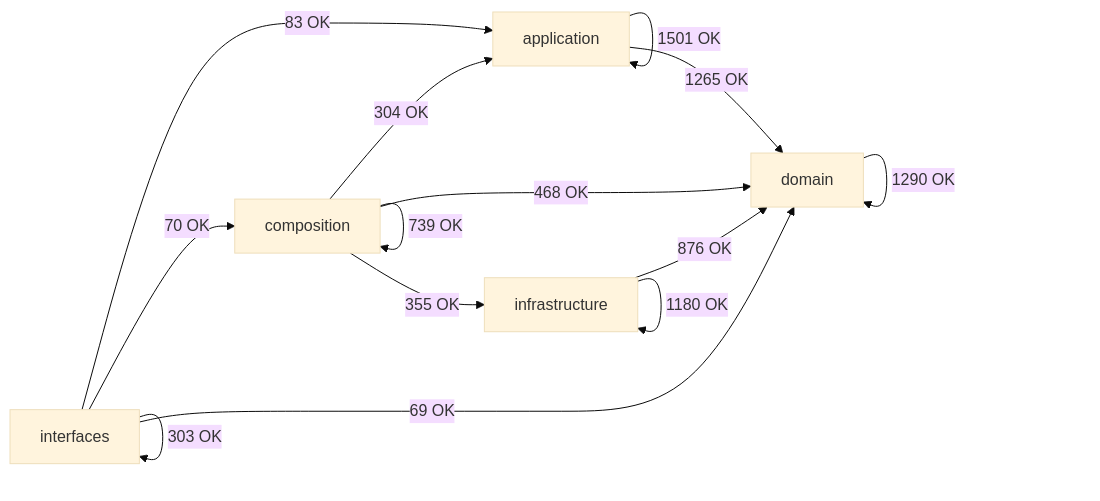
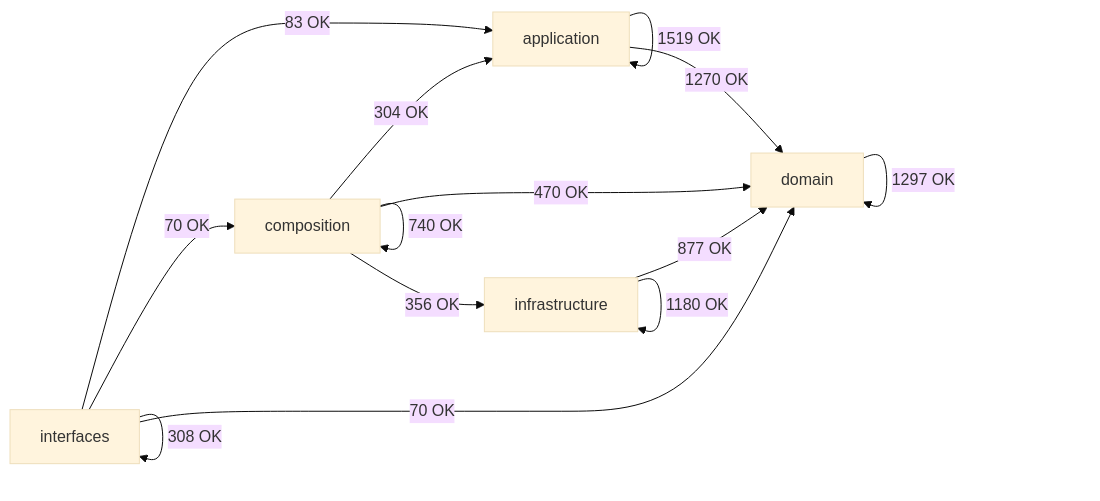
Before and after one commit to SatoryKono/BioactivityDataAcquisition: the diagram in docs/02-architecture/generated/module-dependency-map.md, drawn with Mermaid (base theme). The commit also changed other lines of this file and 171 other files, not shown here.

````diff
--- a/docs/02-architecture/generated/module-dependency-map.md
+++ b/docs/02-architecture/generated/module-dependency-map.md
@@ -17,21 +17,21 @@
 ```mermaid
 flowchart LR
     domain[domain]
     application[application]
     infrastructure[infrastructure]
     composition[composition]
     interfaces[interfaces]
-    application -->|1501 OK| application
-    application -->|1265 OK| domain
+    application -->|1519 OK| application
+    application -->|1270 OK| domain
     composition -->|304 OK| application
-    composition -->|739 OK| composition
-    composition -->|468 OK| domain
-    composition -->|355 OK| infrastructure
-    domain -->|1290 OK| domain
-    infrastructure -->|876 OK| domain
+    composition -->|740 OK| composition
+    composition -->|470 OK| domain
+    composition -->|356 OK| infrastructure
+    domain -->|1297 OK| domain
+    infrastructure -->|877 OK| domain
     infrastructure -->|1180 OK| infrastructure
     interfaces -->|83 OK| application
     interfaces -->|70 OK| composition
-    interfaces -->|69 OK| domain
-    interfaces -->|303 OK| interfaces
+    interfaces -->|70 OK| domain
+    interfaces -->|308 OK| interfaces
 ```
````
